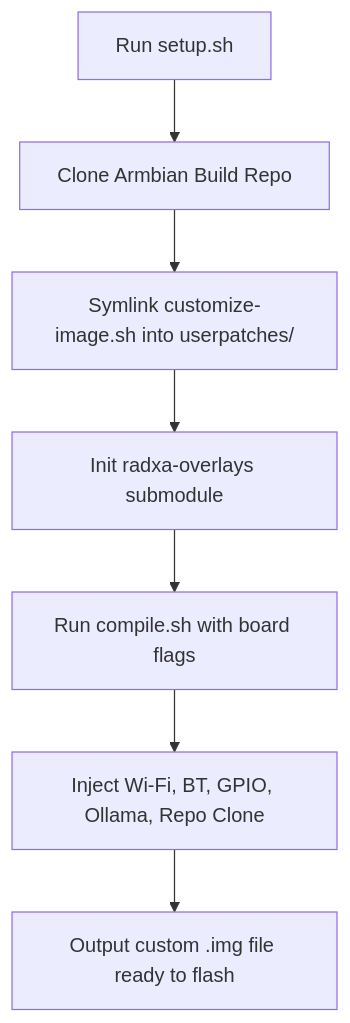
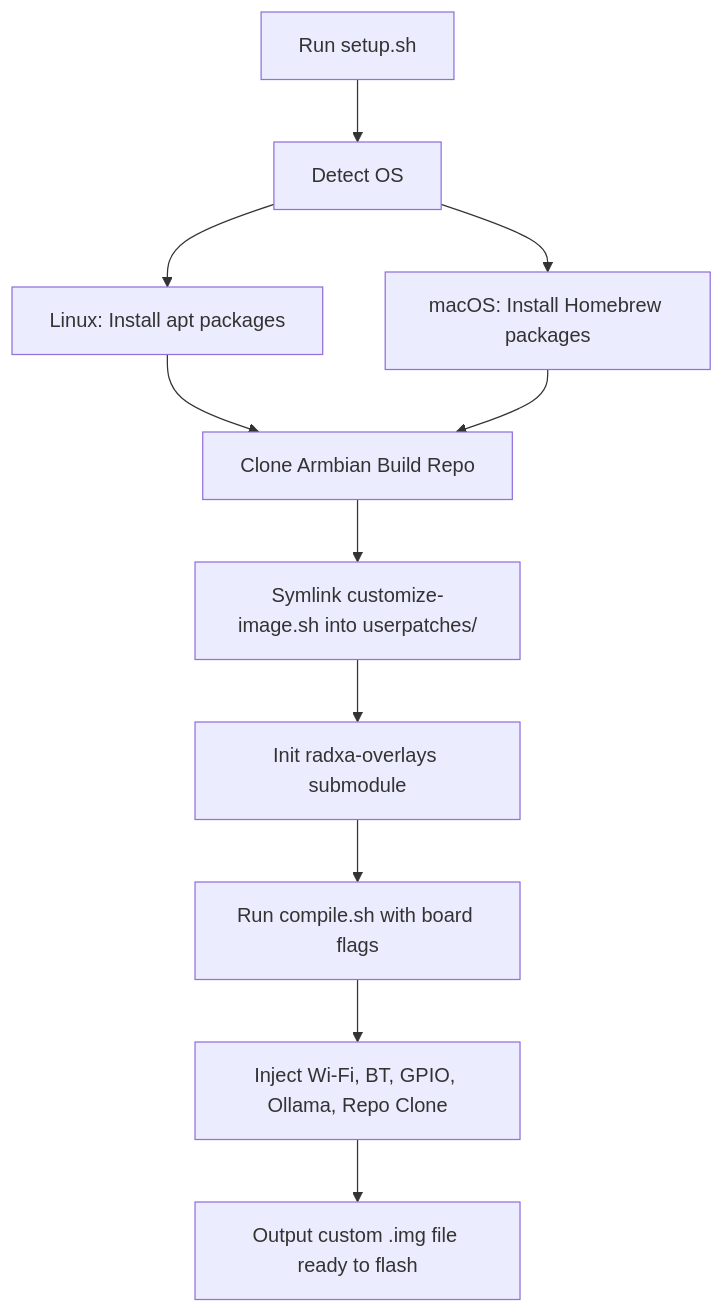
Before and after one commit to Aronnaxx/d00t-armbian-radxa-zero3W: the diagram in README.md, drawn with Mermaid. The commit also changed other lines of this file and 2 other files, not shown here.

Commit message:
image updates

````diff
--- a/README.md
+++ b/README.md
@@ -66,9 +94,13 @@
 ```mermaid
 graph TD
-    A[Run setup.sh] --> B[Clone Armbian Build Repo]
-    B --> C[Symlink customize-image.sh into userpatches/]
-    C --> D[Init radxa-overlays submodule]
-    D --> E[Run compile.sh with board flags]
-    E --> F[Inject Wi-Fi, BT, GPIO, Ollama, Repo Clone]
-    F --> G[Output custom .img file ready to flash]
+    A[Run setup.sh] --> B[Detect OS]
+    B --> C1[Linux: Install apt packages]
+    B --> C2[macOS: Install Homebrew packages]
+    C1 --> D[Clone Armbian Build Repo]
+    C2 --> D
+    D --> E[Symlink customize-image.sh into userpatches/]
+    E --> F[Init radxa-overlays submodule]
+    F --> G[Run compile.sh with board flags]
+    G --> H[Inject Wi-Fi, BT, GPIO, Ollama, Repo Clone]
+    H --> I[Output custom .img file ready to flash]
 ```
````
